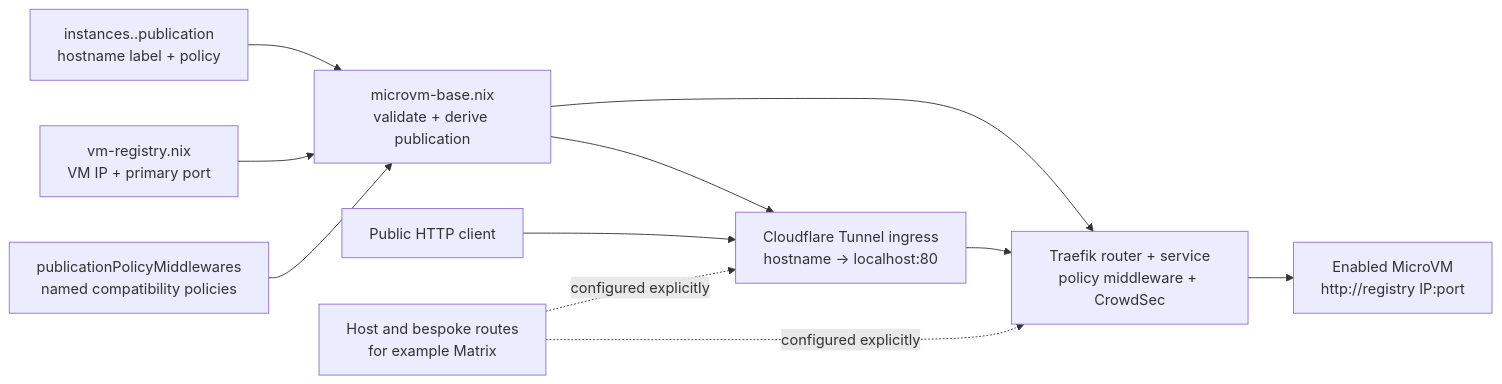
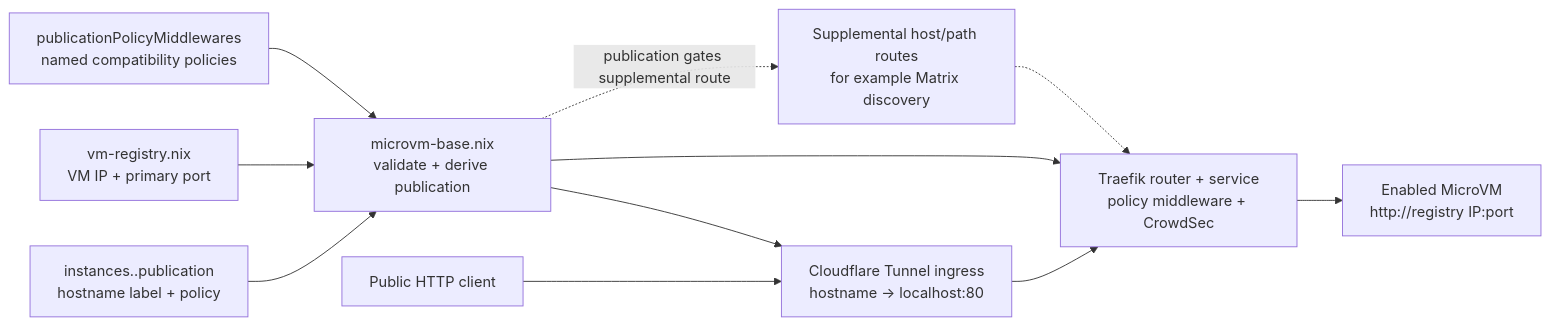
Before and after one commit to telometto/nix-config: the third of 3 diagrams in vms/README.md, drawn with Mermaid. The commit also changed other lines of this file and 1 other file, not shown here.

Commit message:
feat(docs): update MicroVM README to clarify autostart behavior and supplemental routing

````diff
--- a/vms/README.md
+++ b/vms/README.md
@@ -169,21 +175,21 @@
 ```mermaid
 flowchart LR
     DECL["instances.<name>.publication\nhostname label + policy"]
     REG["vm-registry.nix\nVM IP + primary port"]
     POL["publicationPolicyMiddlewares\nnamed compatibility policies"]
     PUB["microvm-base.nix\nvalidate + derive publication"]
     CF["Cloudflare Tunnel ingress\nhostname → localhost:80"]
     TR["Traefik router + service\npolicy middleware + CrowdSec"]
     VM["Enabled MicroVM\nhttp://registry IP:port"]
     CLIENT["Public HTTP client"]
-    BESPOKE["Host and bespoke routes\nfor example Matrix"]
+    BESPOKE["Supplemental host/path routes\nfor example Matrix discovery"]
 
     DECL --> PUB
     REG --> PUB
     POL --> PUB
     PUB --> CF
     PUB --> TR
     CLIENT --> CF --> TR --> VM
-    BESPOKE -.->|configured explicitly| CF
-    BESPOKE -.->|configured explicitly| TR
+    PUB -.->|publication gates supplemental route| BESPOKE
+    BESPOKE -.-> TR
 ```
````
